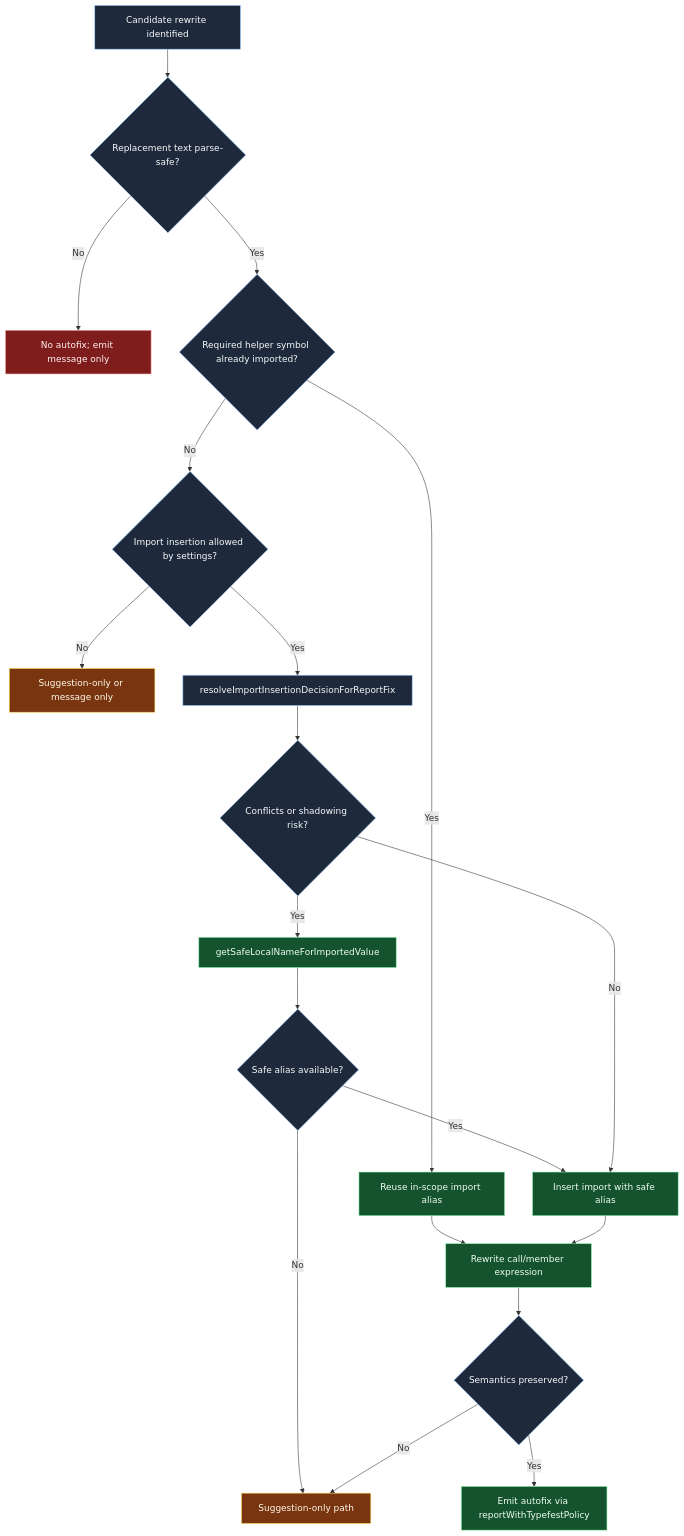
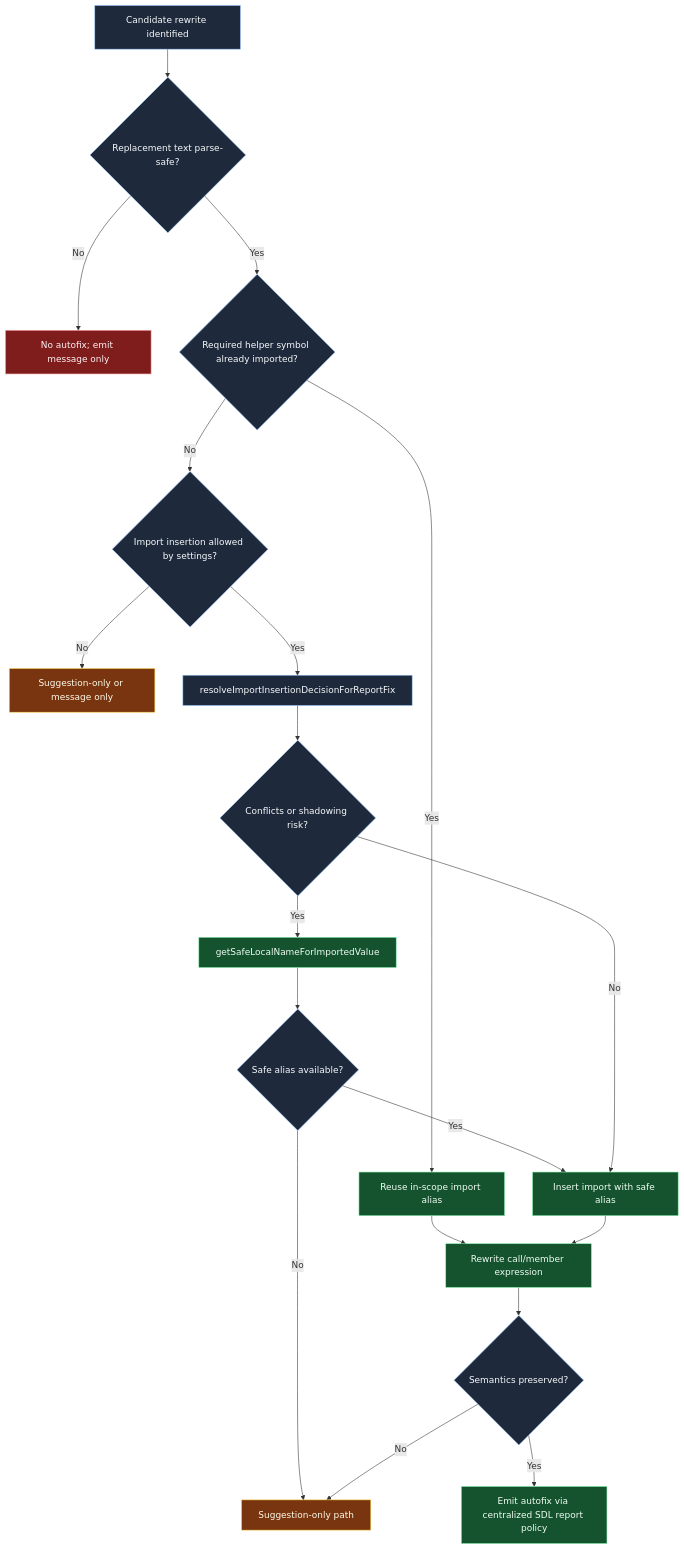
Before and after one commit to Nick2bad4u/eslint-plugin-SDL-2: the diagram in docs/docusaurus/site-docs/developer/charts/import-safe-autofix-decision-tree.md, drawn with Mermaid. The commit also changed 705 other files, not shown here.

````diff
--- a/docs/docusaurus/site-docs/developer/charts/import-safe-autofix-decision-tree.md
+++ b/docs/docusaurus/site-docs/developer/charts/import-safe-autofix-decision-tree.md
@@ -11,35 +11,35 @@
 ```mermaid
 flowchart TD
     classDef check fill:#1e293b,stroke:#93c5fd,color:#f8fafc,stroke-width:1px
     classDef safe fill:#14532d,stroke:#86efac,color:#f0fdf4,stroke-width:1px
     classDef caution fill:#78350f,stroke:#fcd34d,color:#fffbeb,stroke-width:1px
     classDef stop fill:#7f1d1d,stroke:#fca5a5,color:#fef2f2,stroke-width:1px
 
     A[Candidate rewrite identified] --> B{Replacement text parse-safe?}
     B -->|No| X[No autofix; emit message only]
     B -->|Yes| C{Required helper symbol already imported?}
 
     C -->|Yes| D[Reuse in-scope import alias]
     C -->|No| E{Import insertion allowed by settings?}
     E -->|No| Y[Suggestion-only or message only]
     E -->|Yes| F[resolveImportInsertionDecisionForReportFix]
 
     F --> G{Conflicts or shadowing risk?}
     G -->|Yes| H[getSafeLocalNameForImportedValue]
     H --> I{Safe alias available?}
     I -->|No| Z[Suggestion-only path]
     I -->|Yes| J[Insert import with safe alias]
     G -->|No| J
 
     D --> K[Rewrite call/member expression]
     J --> K
 
     K --> L{Semantics preserved?}
     L -->|No| Z
-    L -->|Yes| M[Emit autofix via reportWithTypefestPolicy]
+    L -->|Yes| M[Emit autofix via centralized SDL report policy]
 
     class A,B,C,E,F,G,I,L check
     class D,H,J,K,M safe
     class Y,Z caution
     class X stop
 ```
````
